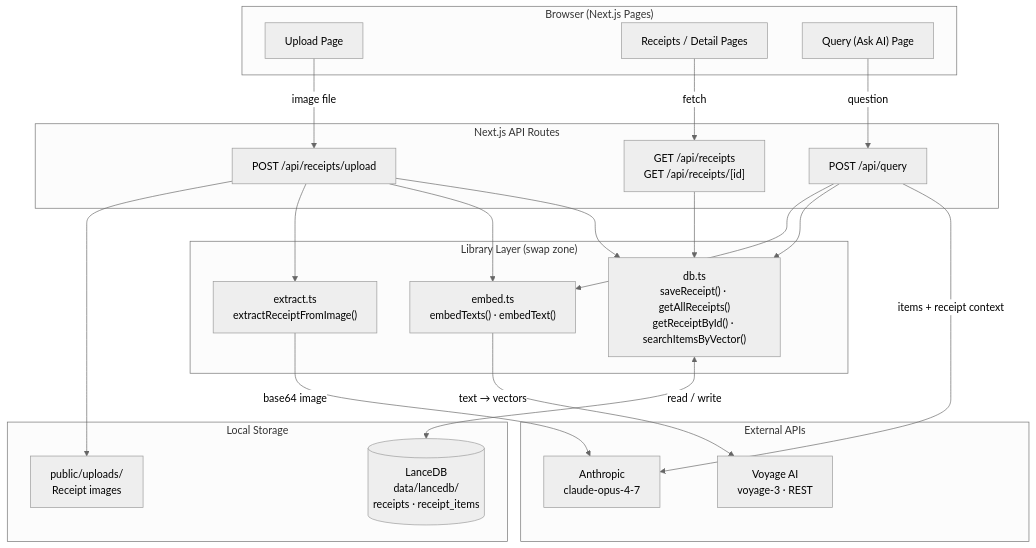
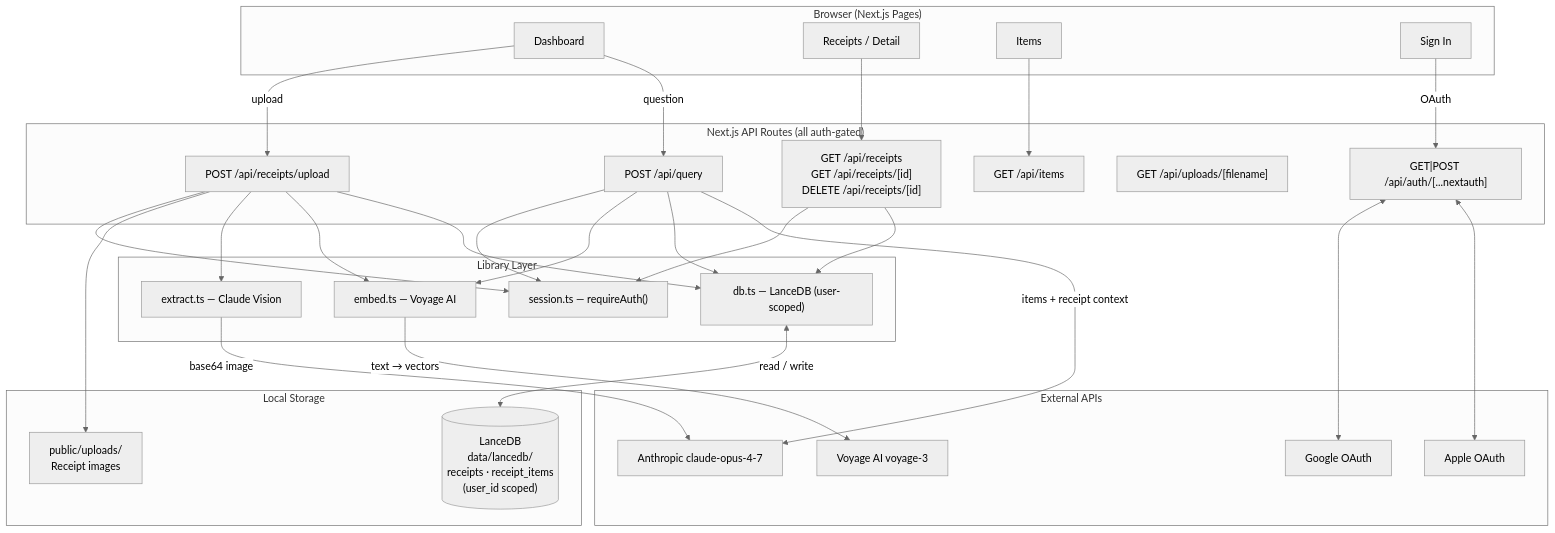
Before and after one commit to tapan-d/Receipt-AI: the diagram in README.md, drawn with Mermaid (neutral theme). The commit also changed other lines of this file and 26 other files, not shown here.

First line of the commit message:
Add auth, user-scoped data, dashboard redesign, and items page

````diff
--- a/README.md
+++ b/README.md
@@ -7,48 +7,63 @@
 ```mermaid
 flowchart TD
     subgraph Browser["Browser (Next.js Pages)"]
-        UI_UP["Upload Page"]
-        UI_RX["Receipts / Detail Pages"]
-        UI_QR["Query (Ask AI) Page"]
+        UI_DASH["Dashboard"]
+        UI_RX["Receipts / Detail"]
+        UI_ITEMS["Items"]
+        UI_SIGNIN["Sign In"]
     end
 
-    subgraph API["Next.js API Routes"]
+    subgraph API["Next.js API Routes (all auth-gated)"]
         RT_UP["POST /api/receipts/upload"]
-        RT_RX["GET  /api/receipts\nGET  /api/receipts/[id]"]
+        RT_RX["GET  /api/receipts\nGET  /api/receipts/[id]\nDELETE /api/receipts/[id]"]
+        RT_ITEMS["GET /api/items"]
         RT_QR["POST /api/query"]
+        RT_IMG["GET /api/uploads/[filename]"]
+        RT_AUTH["GET|POST /api/auth/[...nextauth]"]
     end
 
-    subgraph Lib["Library Layer (swap zone)"]
-        EXTRACT["extract.ts\nextractReceiptFromImage()"]
-        EMBED["embed.ts\nembedTexts() · embedText()"]
-        DB["db.ts\nsaveReceipt() · getAllReceipts()\ngetReceiptById() · searchItemsByVector()"]
+    subgraph Lib["Library Layer"]
+        EXTRACT["extract.ts — Claude Vision"]
+        EMBED["embed.ts — Voyage AI"]
+        DB["db.ts — LanceDB (user-scoped)"]
+        SESSION["session.ts — requireAuth()"]
     end
 
     subgraph External["External APIs"]
-        CLAUDE["Anthropic\nclaude-opus-4-7"]
-        VOYAGE["Voyage AI\nvoyage-3 · REST"]
+        CLAUDE["Anthropic claude-opus-4-7"]
+        VOYAGE["Voyage AI voyage-3"]
+        GOOGLE["Google OAuth"]
+        APPLE["Apple OAuth"]
     end
 
     subgraph Storage["Local Storage"]
-        LANCEDB[("LanceDB\ndata/lancedb/\nreceipts · receipt_items")]
+        LANCEDB[("LanceDB\ndata/lancedb/\nreceipts · receipt_items\n(user_id scoped)")]
         IMGS["public/uploads/\nReceipt images"]
     end
 
-    UI_UP -->|"image file"| RT_UP
-    UI_RX -->|"fetch"| RT_RX
-    UI_QR -->|"question"| RT_QR
+    UI_SIGNIN -->|OAuth| RT_AUTH
+    RT_AUTH <--> GOOGLE
+    RT_AUTH <--> APPLE
 
+    UI_DASH -->|upload| RT_UP
+    UI_DASH -->|question| RT_QR
+    UI_RX --> RT_RX
+    UI_ITEMS --> RT_ITEMS
+
+    RT_UP --> SESSION
     RT_UP --> IMGS
     RT_UP --> EXTRACT
     RT_UP --> EMBED
     RT_UP --> DB
 
+    RT_RX --> SESSION
     RT_RX --> DB
+    RT_QR --> SESSION
     RT_QR --> EMBED
     RT_QR --> DB
-    RT_QR -->|"items + receipt context"| CLAUDE
+    RT_QR -->|items + receipt context| CLAUDE
 
-    EXTRACT -->|"base64 image"| CLAUDE
-    EMBED -->|"text → vectors"| VOYAGE
-    DB <-->|"read / write"| LANCEDB
+    EXTRACT -->|base64 image| CLAUDE
+    EMBED -->|text → vectors| VOYAGE
+    DB <-->|read / write| LANCEDB
 ```
````
